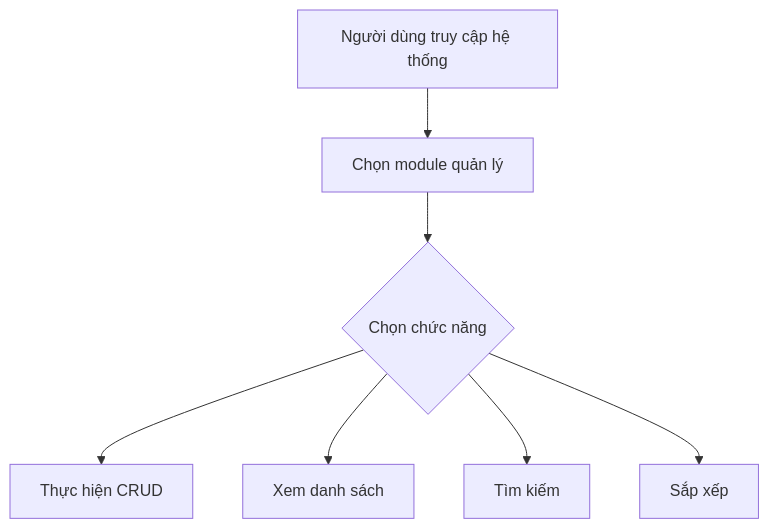
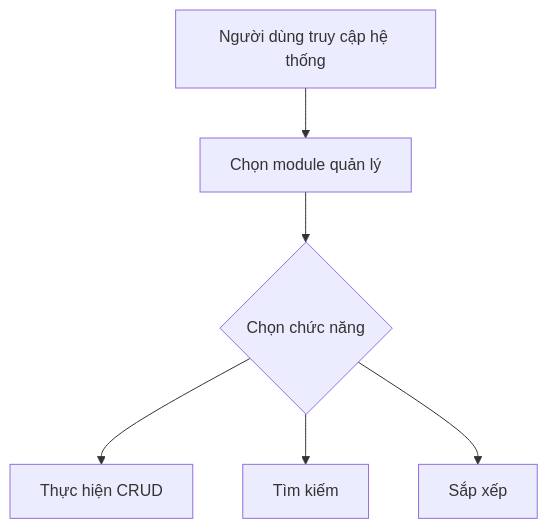
The diagram in README.md (imhnam/MusicWeb-Management), drawn with Mermaid before and after one commit.

````diff
--- a/README.md
+++ b/README.md
@@ -33,9 +33,8 @@
 ```mermaid
 graph TD;
     A[Người dùng truy cập hệ thống] --> B[Chọn module quản lý];
     B --> C{Chọn chức năng};
     C --> D[Thực hiện CRUD];
-    C --> E[Xem danh sách];
-    C --> F[Tìm kiếm];
-    C --> G[Sắp xếp];
+    C --> E[Tìm kiếm];
+    C --> F[Sắp xếp];
 ```
````
